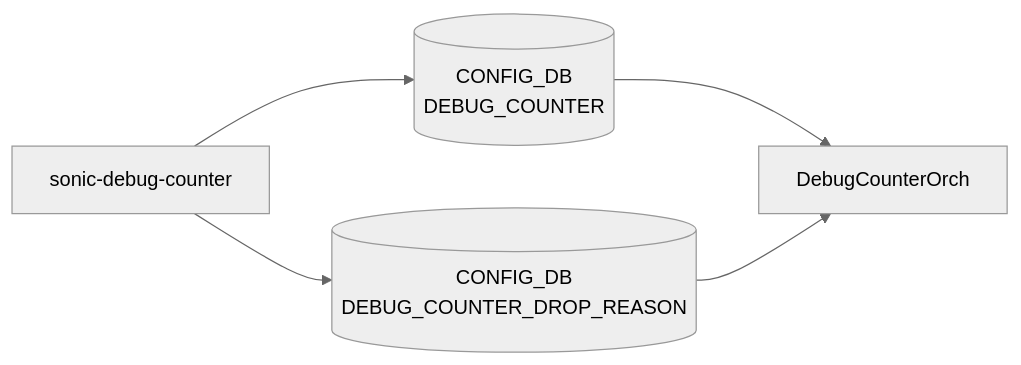
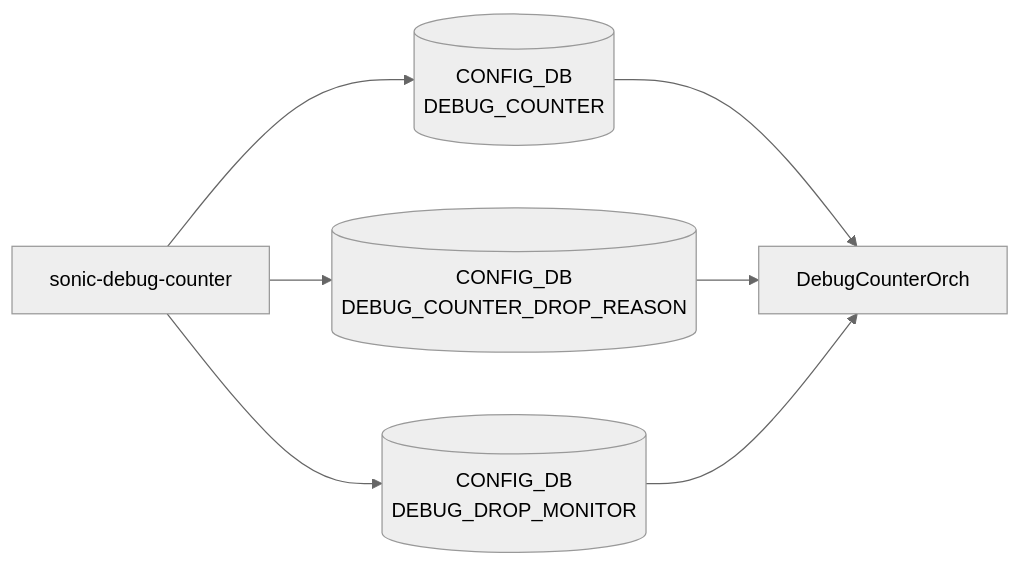
Before and after one commit to aoki-taquan/sonic-unofficial-docs: the diagram in docs/reference/yang/sonic-debug-counter.md, drawn with Mermaid (neutral theme). The commit also changed 19 other files, not shown here.

````diff
--- a/docs/reference/yang/sonic-debug-counter.md
+++ b/docs/reference/yang/sonic-debug-counter.md
@@ -32,11 +32,14 @@
 ```mermaid
 flowchart LR
   Y["sonic-debug-counter"]
   C1[("CONFIG_DB<br/>DEBUG_COUNTER")]
   Y --> C1
   D1["DebugCounterOrch"]
   C1 --> D1
   C2[("CONFIG_DB<br/>DEBUG_COUNTER_DROP_REASON")]
   Y --> C2
   C2 --> D1
+  C3[("CONFIG_DB<br/>DEBUG_DROP_MONITOR")]
+  Y --> C3
+  C3 --> D1
 ```
````
